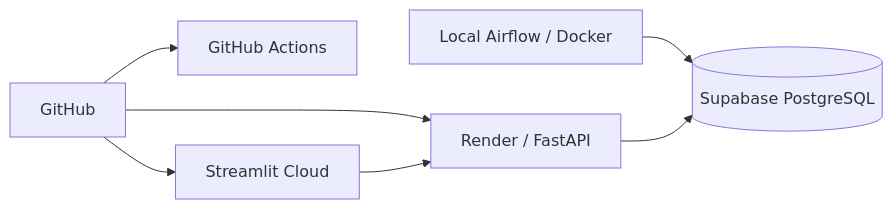
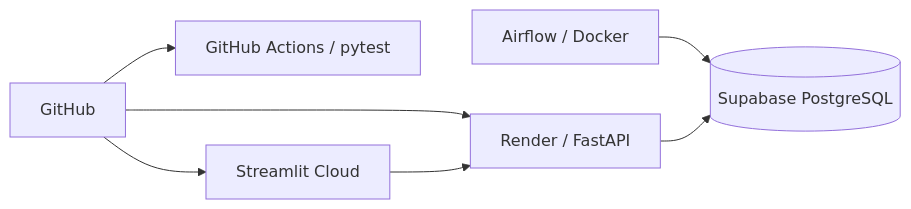
One commit to georgeballa7/NycTaxiDemandForecasting changed the diagram in docs/deployment.md. Above: the diagram before and after it, drawn with Mermaid. The commit also changed other lines of this file and 4 other files, not shown here.

````diff
--- a/docs/deployment.md
+++ b/docs/deployment.md
@@ -7,9 +7,9 @@
 ```mermaid
 flowchart LR
-    GH[GitHub] --> CI[GitHub Actions]
+    GH[GitHub] --> CI[GitHub Actions / pytest]
     GH --> Render[Render / FastAPI]
     GH --> ST[Streamlit Cloud]
-    Airflow[Local Airflow / Docker] --> Supabase[(Supabase PostgreSQL)]
+    Airflow[Airflow / Docker] --> Supabase[(Supabase PostgreSQL)]
     Render --> Supabase
     ST --> Render
 ```
````
